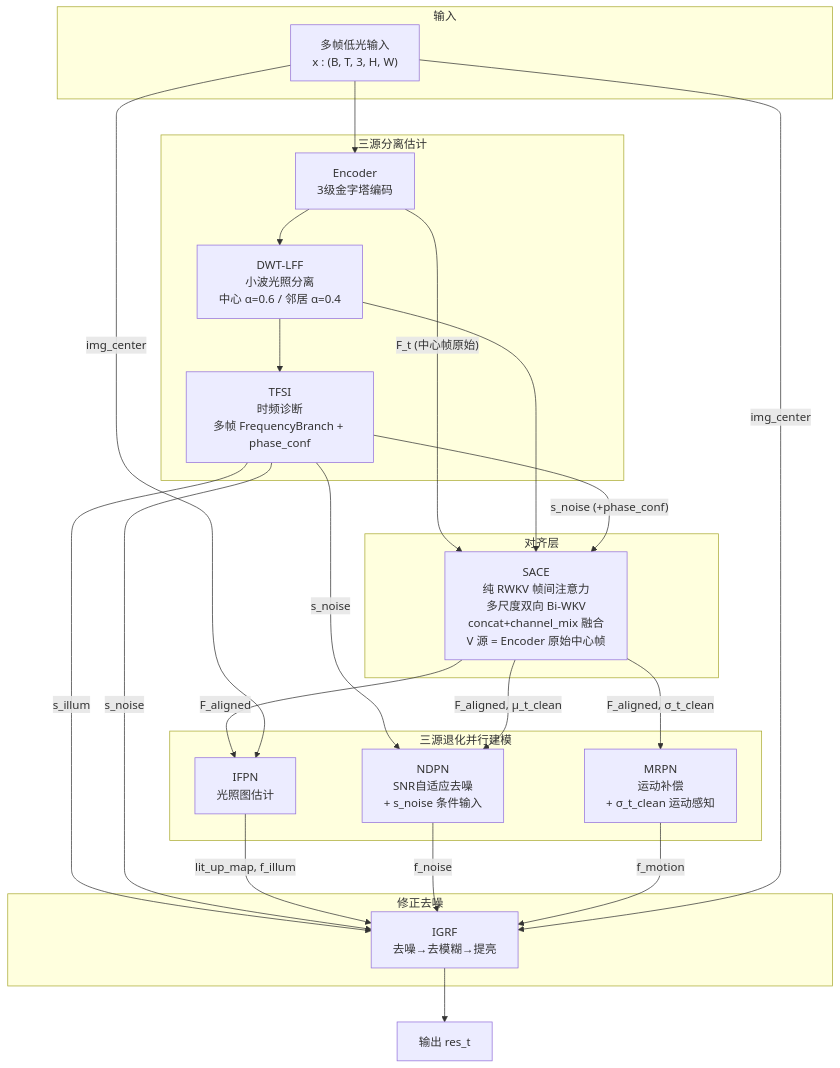
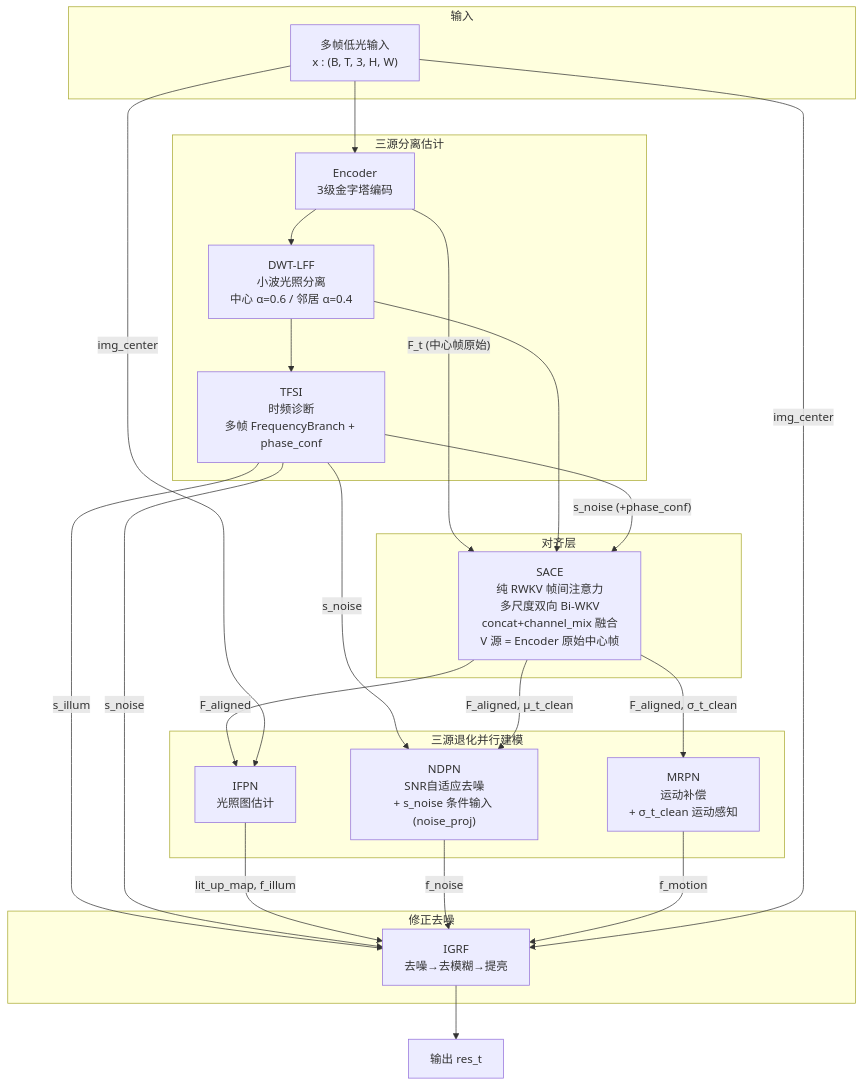
The first of 2 diagrams in docs/v6/RWKV-Charlie-model/v6-charlie-diagrams.md (chendeming2002/TFS-Net), drawn with Mermaid before and after one commit. The commit also changed other lines of this file and 4 other files, not shown here.

````diff
--- a/docs/v6/RWKV-Charlie-model/v6-charlie-diagrams.md
+++ b/docs/v6/RWKV-Charlie-model/v6-charlie-diagrams.md
@@ -5,50 +5,50 @@
 ```mermaid
 flowchart TD
     subgraph 输入
         IN["多帧低光输入<br/>x : (B, T, 3, H, W)"]
     end
 
     subgraph 诊断层["三源分离估计"]
         ENC["Encoder<br/>3级金字塔编码"]
         DWT["DWT-LFF<br/>小波光照分离<br/>中心 α=0.6 / 邻居 α=0.4"]
         TFSI["TFSI<br/>时频诊断<br/>多帧 FrequencyBranch + phase_conf"]
     end
 
     subgraph 对齐层
         SACE["SACE<br/>纯 RWKV 帧间注意力<br/>多尺度双向 Bi-WKV<br/>concat+channel_mix 融合<br/>V 源 = Encoder 原始中心帧"]
     end
 
     subgraph 处理层["三源退化并行建模"]
         IFPN["IFPN<br/>光照图估计"]
-        NDPN["NDPN<br/>SNR自适应去噪<br/>+ s_noise 条件输入"]
+        NDPN["NDPN<br/>SNR自适应去噪<br/>+ s_noise 条件输入 (noise_proj)"]
         MRPN["MRPN<br/>运动补偿<br/>+ σ_t_clean 运动感知"]
     end
 
     subgraph 执行层["修正去噪"]
         IGRF["IGRF<br/>去噪→去模糊→提亮"]
     end
 
     OUT["输出 res_t"]
 
     IN --> ENC
     ENC --> DWT
     ENC -- "F_t (中心帧原始)" --> SACE
     DWT --> TFSI
     DWT --> SACE
     TFSI -- "s_illum" --> IGRF
     TFSI -- "s_noise (+phase_conf)" --> SACE
     TFSI -- "s_noise" --> NDPN
     TFSI -- "s_noise" --> IGRF
 
     SACE -- "F_aligned" --> IFPN
     SACE -- "F_aligned, σ_t_clean" --> MRPN
     SACE -- "F_aligned, μ_t_clean" --> NDPN
 
     IFPN -- "lit_up_map, f_illum" --> IGRF
     NDPN -- "f_noise" --> IGRF
     MRPN -- "f_motion" --> IGRF
 
     IGRF --> OUT
     IN -- "img_center" --> IGRF
     IN -- "img_center" --> IFPN
 ```
````
